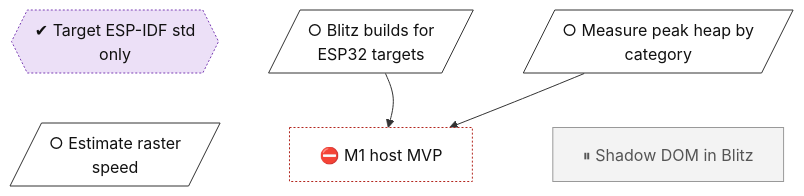
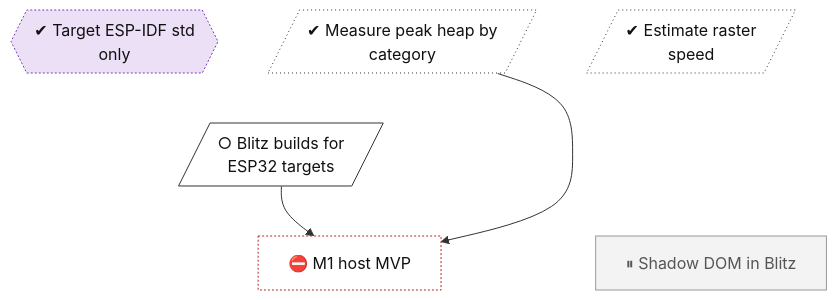
The diagram in docs/roadmap/tracks/eng.md (lhns/embedded-browser), drawn with Mermaid before and after one commit. The commit also changed other lines of this file and 17 other files, not shown here.

First line of the commit message:
M0 host spike: Blitz heap, raster and banding measurements

````diff
--- a/docs/roadmap/tracks/eng.md
+++ b/docs/roadmap/tracks/eng.md
@@ -10,32 +10,35 @@
 ```mermaid
 flowchart TB
     eng_std_only_esp_idf{{"✔ Target ESP-IDF std<br/>only"}}
+    eng_peak_heap[/"✔ Measure peak heap by<br/>category"/]
+    eng_raster_estimate[/"✔ Estimate raster<br/>speed"/]
     eng_blitz_builds_esp[/"○ Blitz builds for<br/>ESP32 targets"/]
-    eng_peak_heap[/"○ Measure peak heap by<br/>category"/]
-    eng_raster_estimate[/"○ Estimate raster<br/>speed"/]
     eng_m1_host_mvp["⛔ M1 host MVP"]
     eng_shadow_dom_upstream["⏸ Shadow DOM in Blitz"]
-    eng_std_only_esp_idf ~~~ eng_raster_estimate
+    eng_std_only_esp_idf ~~~ eng_blitz_builds_esp
+    eng_peak_heap ~~~ eng_blitz_builds_esp
+    eng_raster_estimate ~~~ eng_blitz_builds_esp
     eng_blitz_builds_esp ~~~ eng_m1_host_mvp
-    eng_peak_heap ~~~ eng_shadow_dom_upstream
+    eng_blitz_builds_esp ~~~ eng_shadow_dom_upstream
     eng_blitz_builds_esp --> eng_m1_host_mvp
     eng_peak_heap --> eng_m1_host_mvp
     classDef vsucc fill:#2e9e4f,stroke:#1b6b34,color:#fff
     classDef succ fill:#bfe8c8,stroke:#2e9e4f,color:#111
     classDef mixed fill:#ffd37a,stroke:#c98a00,color:#111
     classDef bad fill:#f28b82,stroke:#b3261e,color:#111
     classDef dead fill:#e6e6e6,stroke:#777,stroke-dasharray:5 5,color:#555
     classDef inprog fill:#a8cdf5,stroke:#1f6fc5,color:#111
     classDef next fill:#fff,stroke:#333,color:#111
     classDef blocked fill:#fff,stroke:#b3261e,stroke-dasharray:2 2,color:#111
     classDef parked fill:#f3f3f3,stroke:#999,color:#555
     classDef unrated fill:#fff,stroke:#333,stroke-dasharray:1 3,color:#111
     classDef gate fill:#d9c2f0,stroke:#7b3fb5,color:#111
     classDef decided fill:#ece0f7,stroke:#7b3fb5,stroke-dasharray:2 2,color:#111
     classDef finding fill:#ffe0b2,stroke:#d84315,stroke-width:2px,color:#111
     classDef waiting fill:#e3f2fd,stroke:#1f6fc5,stroke-dasharray:5 5,color:#111
     class eng_std_only_esp_idf decided
-    class eng_blitz_builds_esp,eng_peak_heap,eng_raster_estimate next
+    class eng_peak_heap,eng_raster_estimate unrated
+    class eng_blitz_builds_esp next
     class eng_m1_host_mvp blocked
     class eng_shadow_dom_upstream parked
 ```
````
